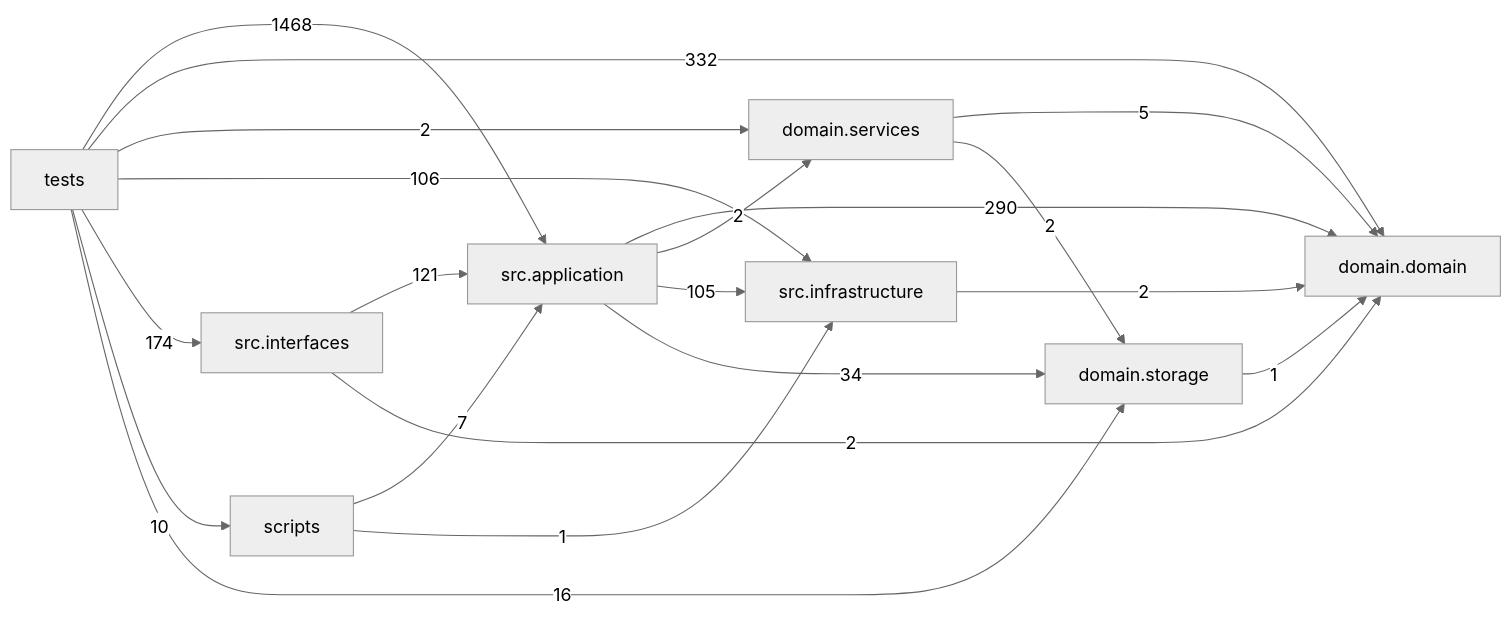
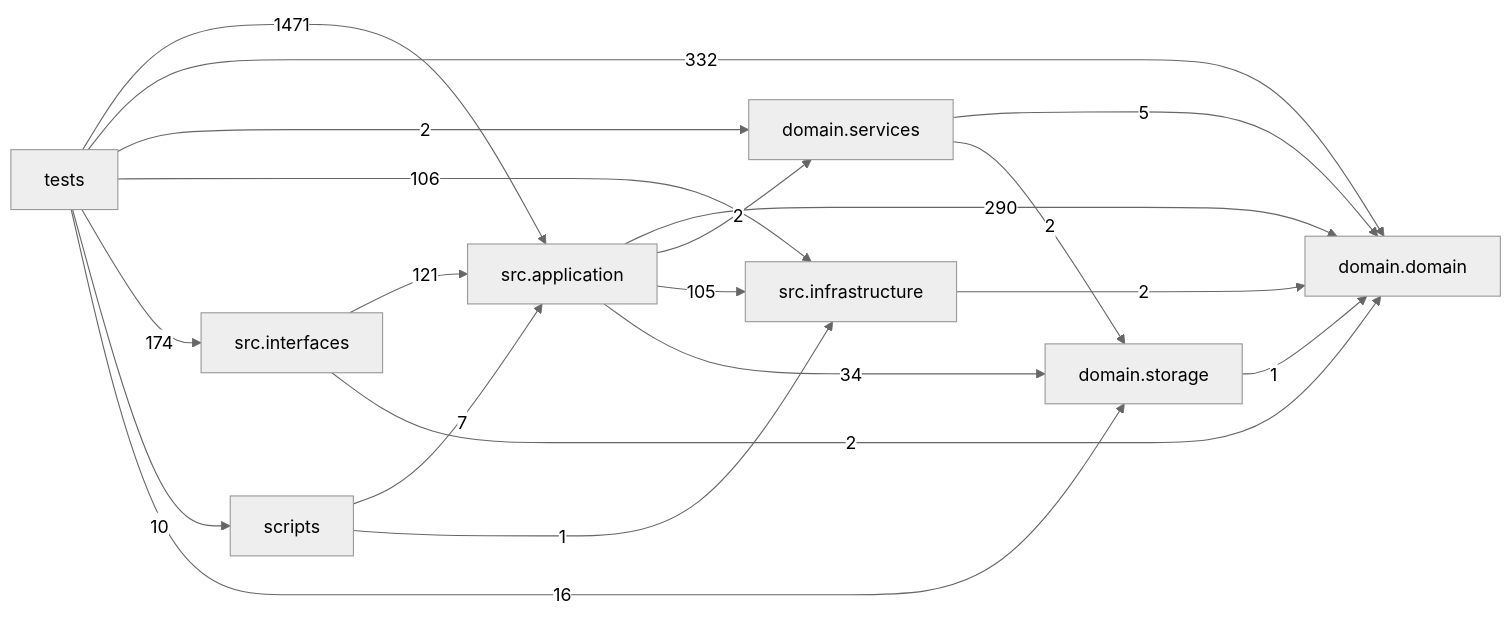
One commit to liuxie066/options-monitor changed the diagram in docs/DEPENDENCY_GRAPH.md. Above: the diagram before and after it, drawn with Mermaid (neutral theme). The commit also changed other lines of this file and 8 other files, not shown here.

````diff
--- a/docs/DEPENDENCY_GRAPH.md
+++ b/docs/DEPENDENCY_GRAPH.md
@@ -24,30 +24,30 @@
 ```mermaid
 flowchart LR
   tests["tests"]
   scripts["scripts"]
   interfaces["src.interfaces"]
   application["src.application"]
   infrastructure["src.infrastructure"]
   domain_services["domain.services"]
   domain["domain.domain"]
   storage["domain.storage"]
   application -->|290| domain
   application -->|2| domain_services
   application -->|105| infrastructure
   application -->|34| storage
   domain_services -->|5| domain
   domain_services -->|2| storage
   infrastructure -->|2| domain
   interfaces -->|121| application
   interfaces -->|2| domain
   scripts -->|7| application
   scripts -->|1| infrastructure
   storage -->|1| domain
-  tests -->|1468| application
+  tests -->|1471| application
   tests -->|332| domain
   tests -->|2| domain_services
   tests -->|106| infrastructure
   tests -->|174| interfaces
   tests -->|10| scripts
   tests -->|16| storage
 ```
````
